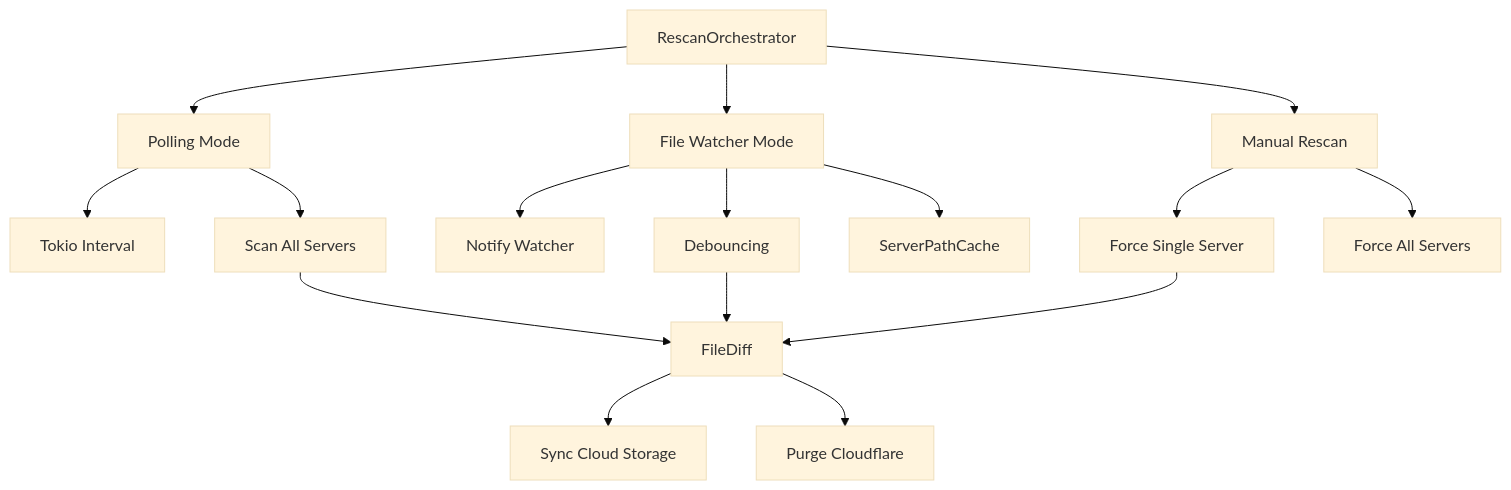
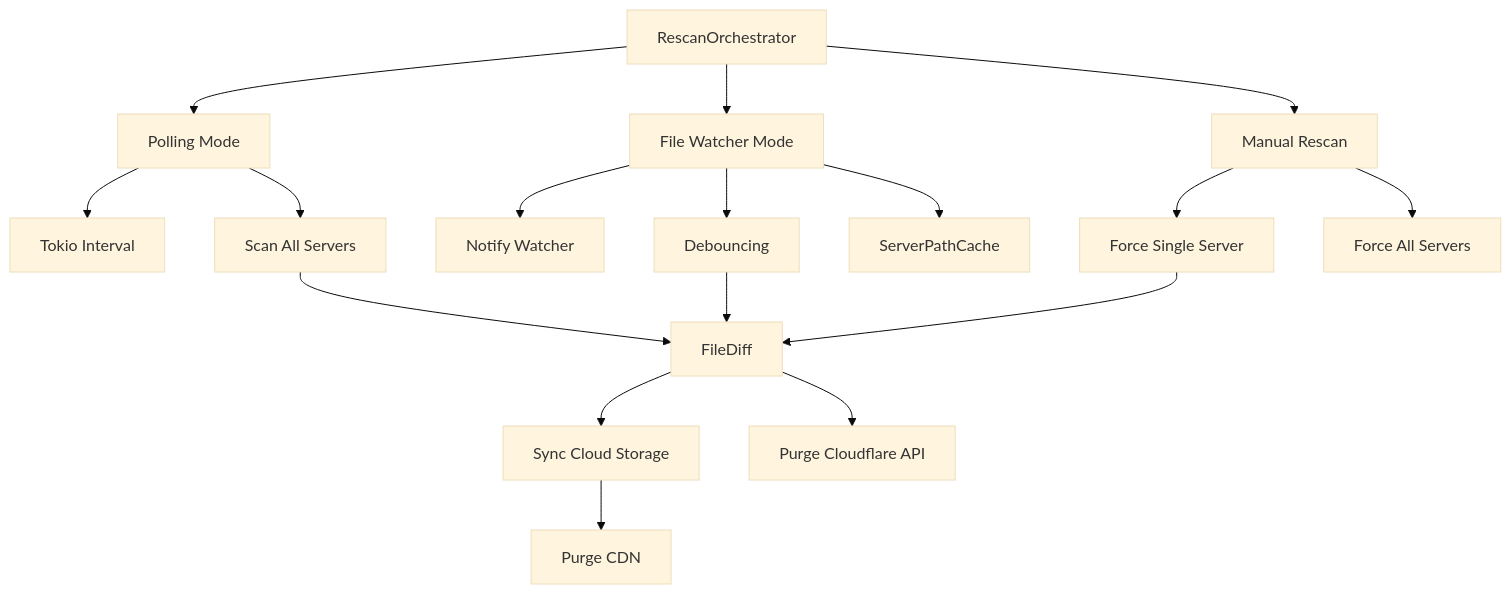
Before and after one commit to Lighty-Launcher/LightyUpdater: the first of 9 diagrams in crates/cache/docs/rescan.md, drawn with Mermaid (base theme). The commit also changed other lines of this file and 13 other files, not shown here.

````diff
--- a/crates/cache/docs/rescan.md
+++ b/crates/cache/docs/rescan.md
@@ -11,24 +11,25 @@
 ```mermaid
 graph TB
     RO[RescanOrchestrator]
     RO --> PM[Polling Mode]
     RO --> FW[File Watcher Mode]
     RO --> MR[Manual Rescan]
 
     PM --> TI[Tokio Interval]
     PM --> SA[Scan All Servers]
 
     FW --> NW[Notify Watcher]
     FW --> DB[Debouncing]
     FW --> SPC[ServerPathCache]
 
     MR --> FS[Force Single Server]
     MR --> FAL[Force All Servers]
 
     SA --> FD[FileDiff]
     DB --> FD
     FS --> FD
 
     FD --> SCS[Sync Cloud Storage]
-    FD --> PCF[Purge Cloudflare]
+    SCS --> PCDN[Purge CDN]
+    FD --> PCFAPI[Purge Cloudflare API]
 ```
````
